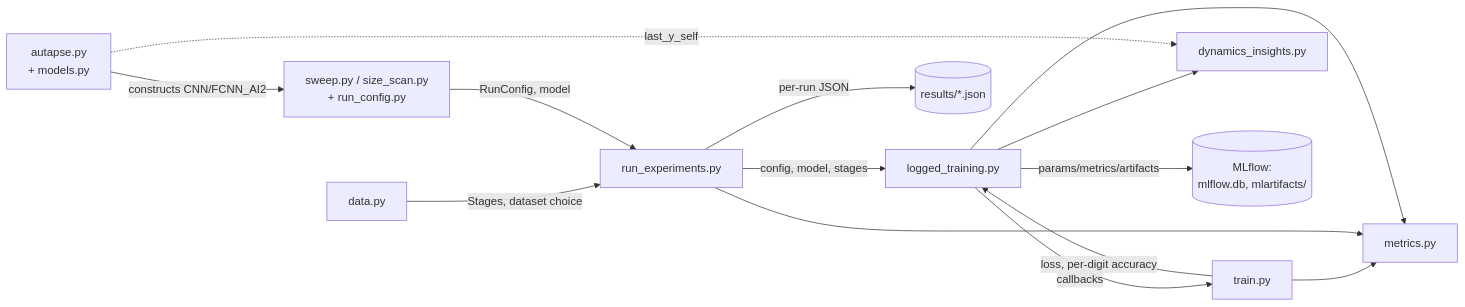
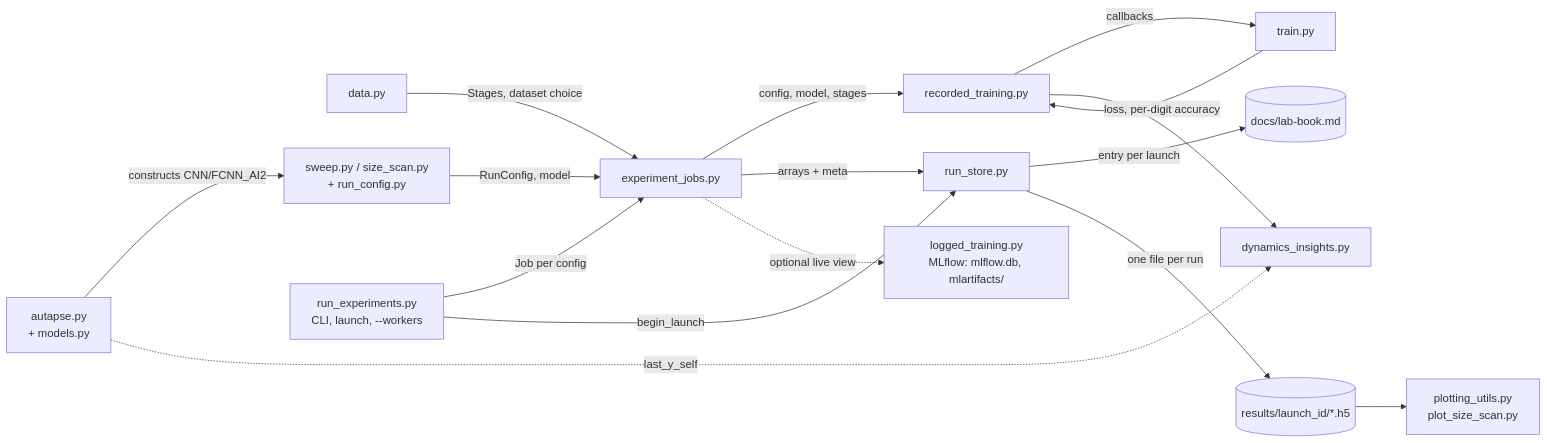
The diagram in README.md (J3nF/robgoal), drawn with Mermaid before and after one commit. The commit also changed other lines of this file and 5 other files, not shown here.

Commit message:
Update docs for run store, lab book and --workers

````diff
--- a/README.md
+++ b/README.md
@@ -12,16 +12,18 @@
 ```mermaid
 flowchart LR
-    data[data.py] -->|Stages, dataset choice| orchestrator[run_experiments.py]
-    config[sweep.py / size_scan.py<br/>+ run_config.py] -->|RunConfig, model| orchestrator
+    data[data.py] -->|Stages, dataset choice| jobs[experiment_jobs.py]
+    config[sweep.py / size_scan.py<br/>+ run_config.py] -->|RunConfig, model| jobs
     models[autapse.py<br/>+ models.py] -->|constructs CNN/FCNN_AI2| config
-    orchestrator -->|config, model, stages| logging[logged_training.py]
-    logging -->|callbacks| train[train.py]
-    train -->|loss, per-digit accuracy| logging
-    train --> metrics[metrics.py]
-    orchestrator --> metrics
-    logging --> metrics
-    logging --> dynamics[dynamics_insights.py]
+    launcher[run_experiments.py<br/>CLI, launch, --workers] -->|Job per config| jobs
+    launcher -->|begin_launch| store[run_store.py]
+    store -->|entry per launch| labbook[(docs/lab-book.md)]
+    jobs -->|config, model, stages| recorder[recorded_training.py]
+    recorder -->|callbacks| train[train.py]
+    train -->|loss, per-digit accuracy| recorder
+    recorder --> dynamics[dynamics_insights.py]
     models -.->|last_y_self| dynamics
-    logging -->|params/metrics/artifacts| mlflow[(MLflow:<br/>mlflow.db, mlartifacts/)]
-    orchestrator -->|per-run JSON| results[(results/*.json)]
+    jobs -->|arrays + meta| store
+    store -->|one file per run| results[(results/launch_id/*.h5)]
+    jobs -.->|optional live view| mlflow[logged_training.py<br/>MLflow: mlflow.db, mlartifacts/]
+    results --> plotting[plotting_utils.py<br/>plot_size_scan.py]
 ```
````
